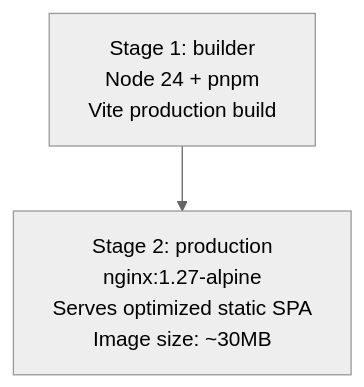
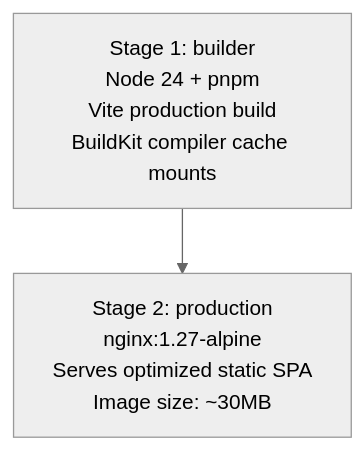
Before and after one commit to rakuzan-knu/social-network: the second of 2 diagrams in docs/deployment/docker.md, drawn with Mermaid (neutral theme). The commit also changed other lines of this file and 2536 other files, not shown here.

````diff
--- a/docs/deployment/docker.md
+++ b/docs/deployment/docker.md
@@ -28,4 +29,4 @@
 ```mermaid
 graph TD
-    FBuilder[Stage 1: builder<br/>Node 24 + pnpm<br/>Vite production build] --> FProd[Stage 2: production<br/>nginx:1.27-alpine<br/>Serves optimized static SPA<br/>Image size: ~30MB]
+    FBuilder[Stage 1: builder<br/>Node 24 + pnpm<br/>Vite production build<br/>BuildKit compiler cache mounts] --> FProd[Stage 2: production<br/>nginx:1.27-alpine<br/>Serves optimized static SPA<br/>Image size: ~30MB]
 ```
````
